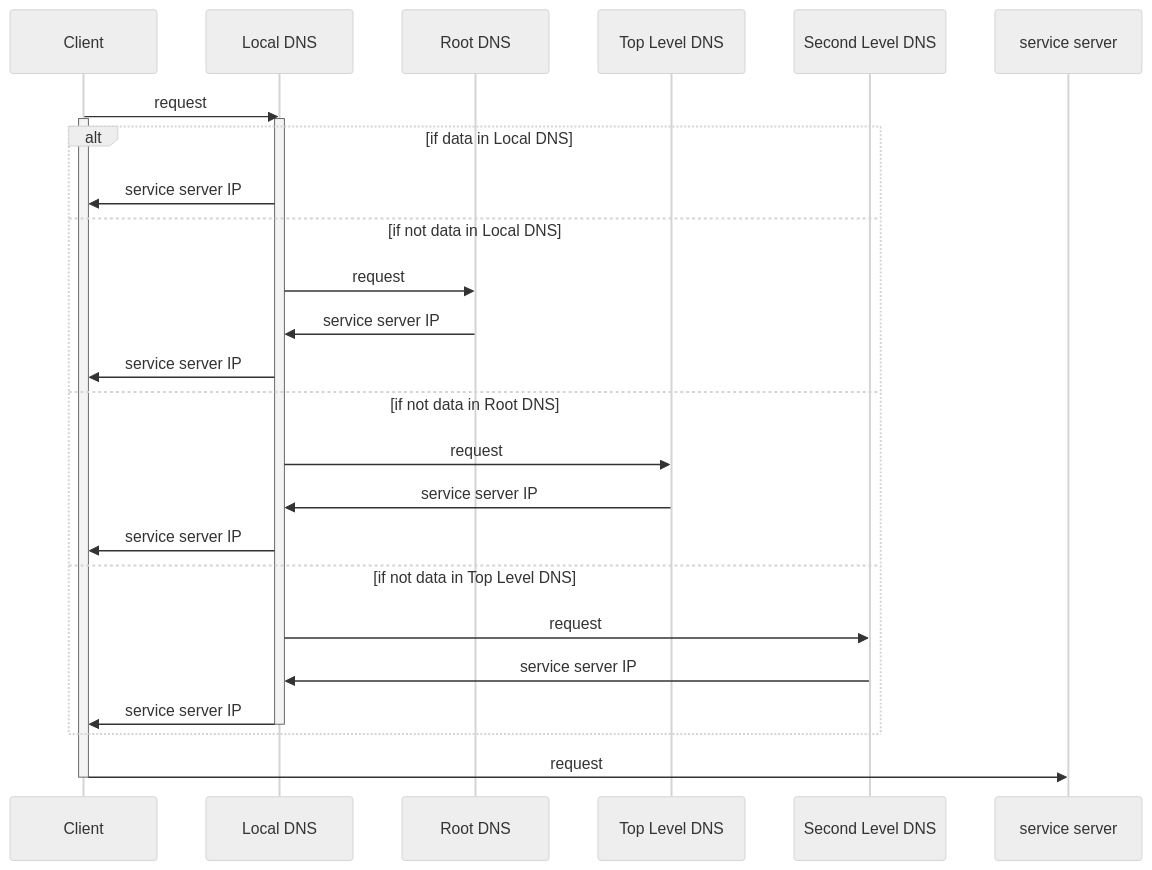
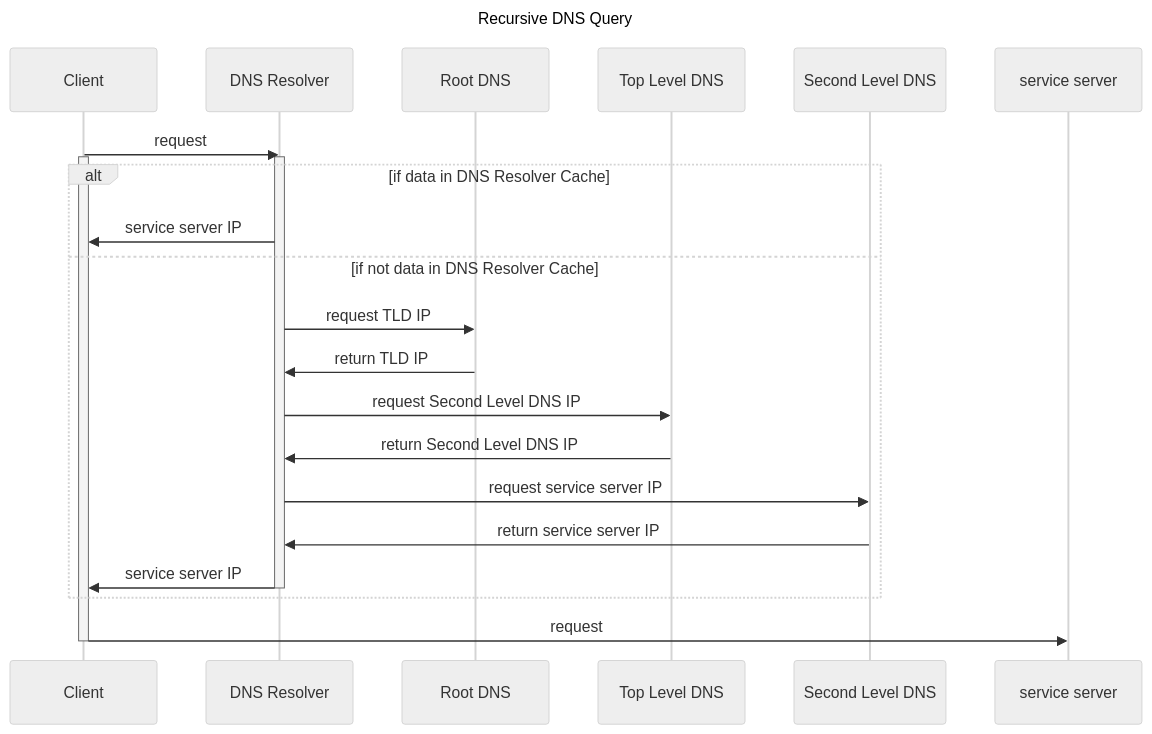
The first of 5 diagrams in docs/blog/posts/2024-07-25-web_client_server.md (djccnt15/djccnt15.github.io), drawn with Mermaid (neutral theme) before and after one commit. The commit also changed other lines of this file, not shown here.

Commit message:
update web_client_server fix and add detail about DNS Query

````diff
--- a/docs/blog/posts/2024-07-25-web_client_server.md
+++ b/docs/blog/posts/2024-07-25-web_client_server.md
@@ -24,24 +35,23 @@
 ```mermaid
+---
+title: Recursive DNS Query
+---
 sequenceDiagram
-    Client ->> Local DNS : request
+    Client ->> DNS Resolver : request
     activate Client
-    activate Local DNS
-    alt if data in Local DNS
-    Local DNS ->> Client : service server IP
-    else if not data in Local DNS
-    Local DNS ->> Root DNS : request
-    Root DNS ->> Local DNS : service server IP
-    Local DNS ->> Client : service server IP
-    else if not data in Root DNS
-    Local DNS ->> Top Level DNS : request
-    Top Level DNS ->> Local DNS : service server IP
-    Local DNS ->> Client : service server IP
-    else if not data in Top Level DNS
-    Local DNS ->> Second Level DNS : request
-    Second Level DNS ->> Local DNS : service server IP
-    Local DNS ->> Client : service server IP
-    deactivate Local DNS
+    activate DNS Resolver
+    alt if data in DNS Resolver Cache
+        DNS Resolver ->> Client : service server IP
+    else if not data in DNS Resolver Cache
+        DNS Resolver ->> Root DNS : request TLD IP
+        Root DNS ->> DNS Resolver : return TLD IP
+        DNS Resolver ->> Top Level DNS : request Second Level DNS IP
+        Top Level DNS ->> DNS Resolver : return Second Level DNS IP
+        DNS Resolver ->> Second Level DNS : request service server IP
+        Second Level DNS ->> DNS Resolver : return service server IP
+        DNS Resolver ->> Client : service server IP
+        deactivate DNS Resolver
     end
     Client ->> service server : request
     deactivate Client
 ```
````
